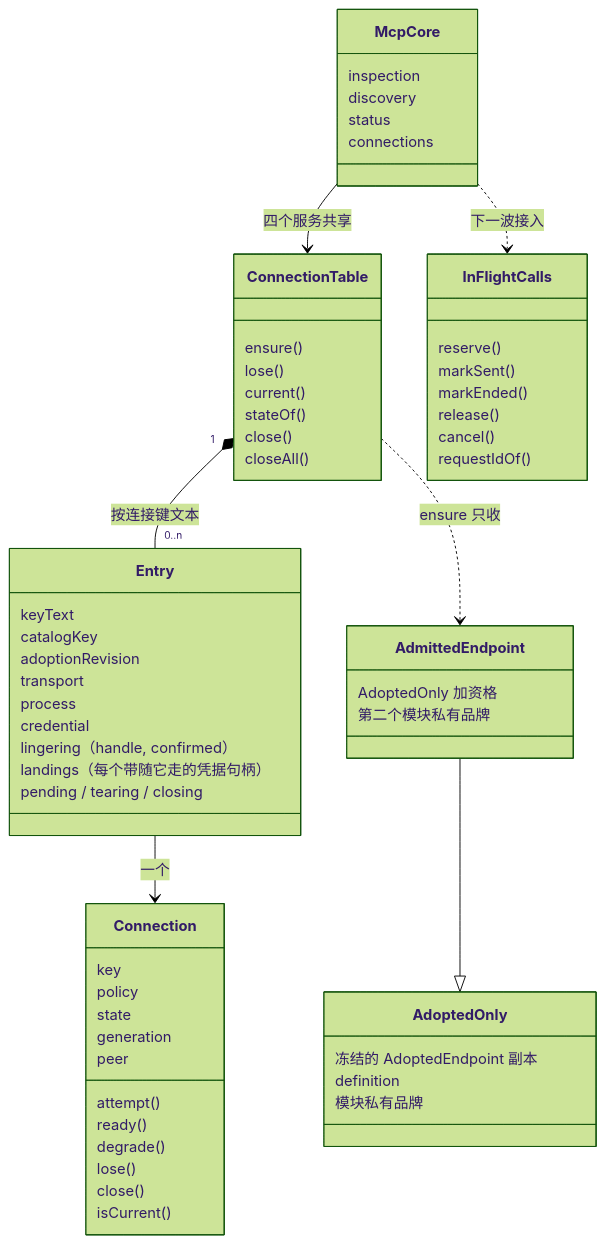
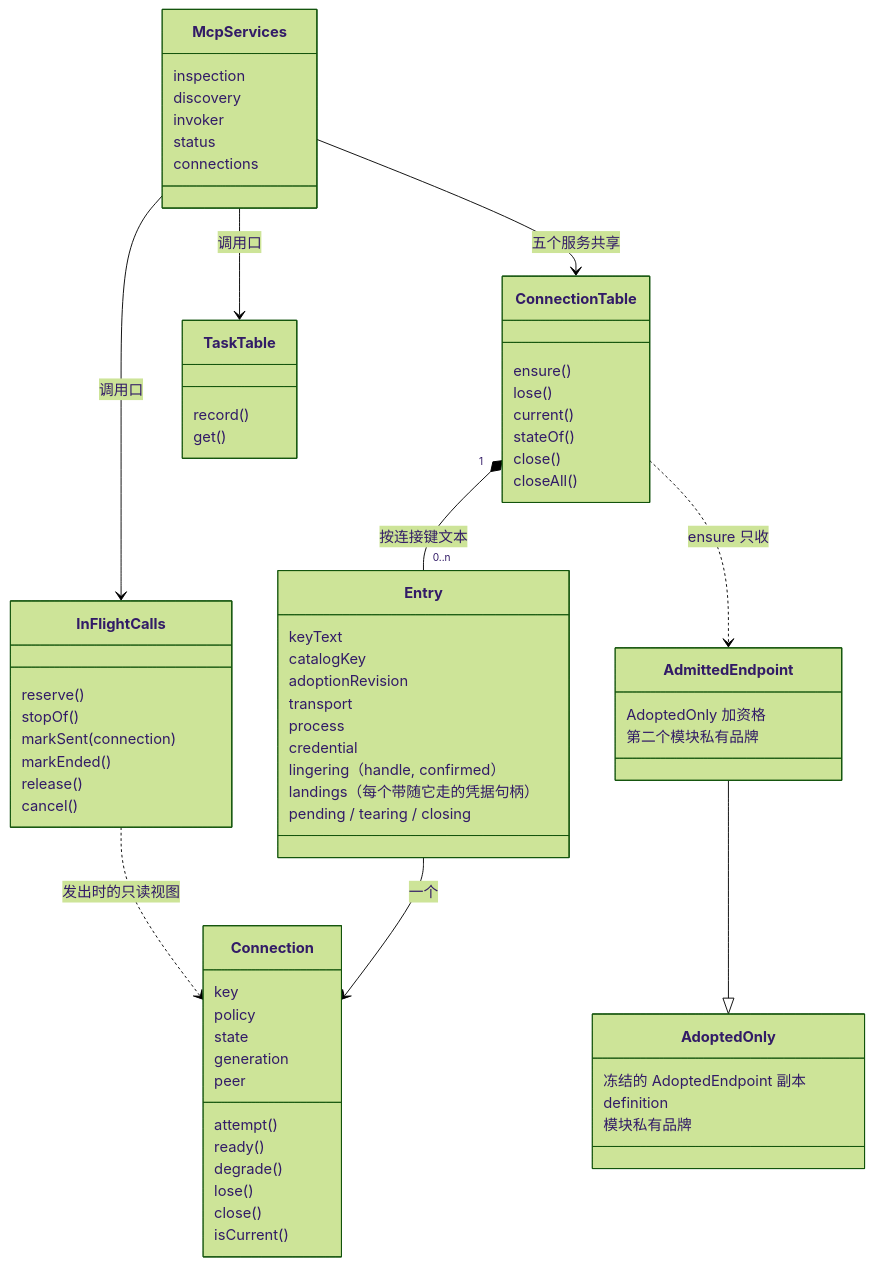
The diagram in packages/mcp/mcp/docs/object-model.md (nemori-ai/omne-harness-lite), drawn with Mermaid (forest theme) before and after one commit. The commit also changed other lines of this file and 18 other files, not shown here.

````diff
--- a/packages/mcp/mcp/docs/object-model.md
+++ b/packages/mcp/mcp/docs/object-model.md
@@ -7,64 +7,71 @@
 ```mermaid
 classDiagram
-    class McpCore {
+    class McpServices {
         inspection
         discovery
+        invoker
         status
         connections
     }
     class ConnectionTable {
         ensure()
         lose()
         current()
         stateOf()
         close()
         closeAll()
     }
     class Entry {
         keyText
         catalogKey
         adoptionRevision
         transport
         process
         credential
         lingering（handle, confirmed）
         landings（每个带随它走的凭据句柄）
         pending / tearing / closing
     }
     class Connection {
         key
         policy
         state
         generation
         peer
         attempt()
         ready()
         degrade()
         lose()
         close()
         isCurrent()
     }
     class InFlightCalls {
         reserve()
-        markSent()
+        stopOf()
+        markSent(connection)
         markEnded()
         release()
         cancel()
-        requestIdOf()
+    }
+    class TaskTable {
+        record()
+        get()
     }
     class AdoptedOnly {
         冻结的 AdoptedEndpoint 副本
         definition
         模块私有品牌
     }
     class AdmittedEndpoint {
         AdoptedOnly 加资格
         第二个模块私有品牌
     }
     AdmittedEndpoint --|> AdoptedOnly
-    McpCore --> ConnectionTable : 四个服务共享
+    McpServices --> ConnectionTable : 五个服务共享
+    McpServices --> InFlightCalls : 调用口
+    McpServices --> TaskTable : 调用口
     ConnectionTable "1" *-- "0..n" Entry : 按连接键文本
     Entry --> Connection : 一个
     ConnectionTable ..> AdmittedEndpoint : ensure 只收
-    McpCore ..> InFlightCalls : 下一波接入
+    InFlightCalls ..> Connection : 发出时的只读视图
 ```
````
